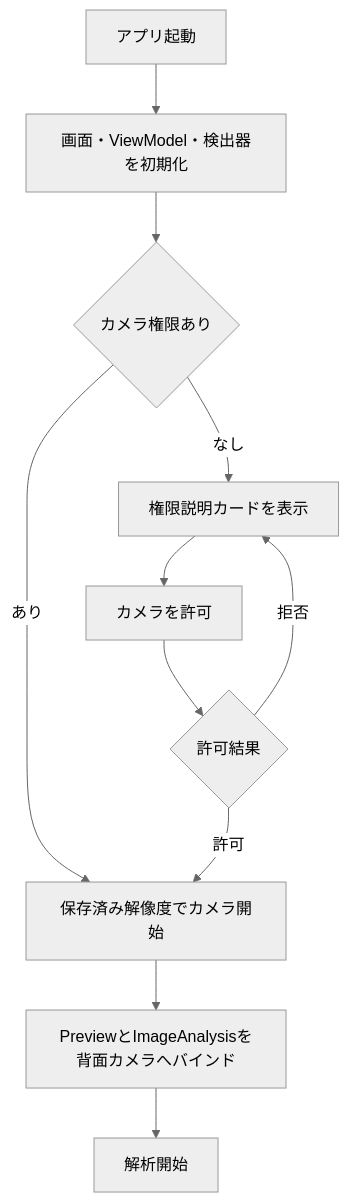
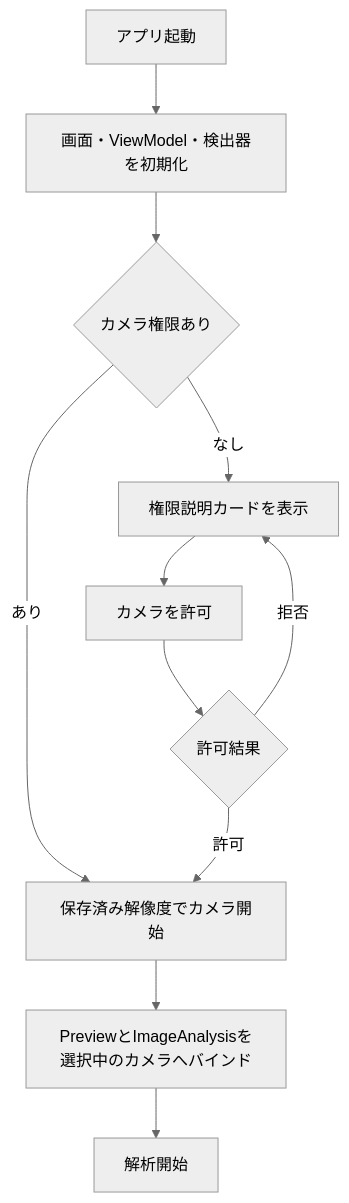
Before and after one commit to KIT-DevelopersHub/screact: the fourth of 17 diagrams in docs/android/android-current-spec.md, drawn with Mermaid (neutral theme). The commit also changed other lines of this file and 20 other files, not shown here.

````diff
--- a/docs/android/android-current-spec.md
+++ b/docs/android/android-current-spec.md
@@ -181,13 +181,13 @@
 ```mermaid
 flowchart TD
     Launch[アプリ起動] --> Inflate[画面・ViewModel・検出器を初期化]
     Inflate --> Permission{カメラ権限あり}
     Permission -->|あり| Start[保存済み解像度でカメラ開始]
     Permission -->|なし| Card[権限説明カードを表示]
     Card --> Request[カメラを許可]
     Request --> Result{許可結果}
     Result -->|許可| Start
     Result -->|拒否| Card
-    Start --> Bind[PreviewとImageAnalysisを背面カメラへバインド]
+    Start --> Bind[PreviewとImageAnalysisを選択中のカメラへバインド]
     Bind --> Ready[解析開始]
 ```
````
